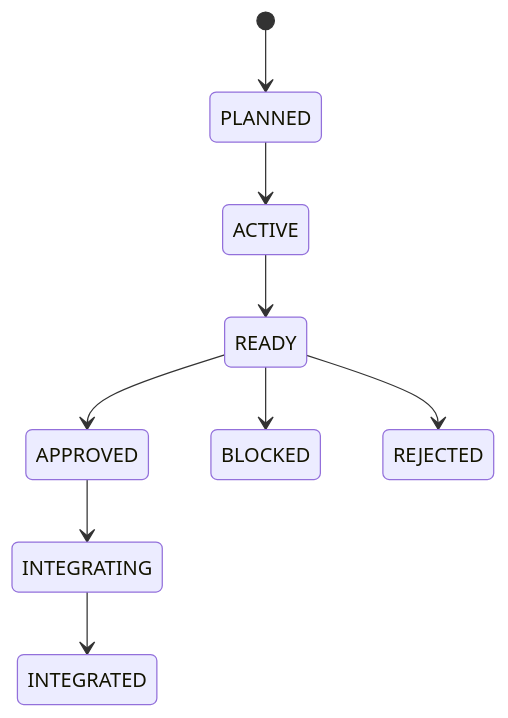
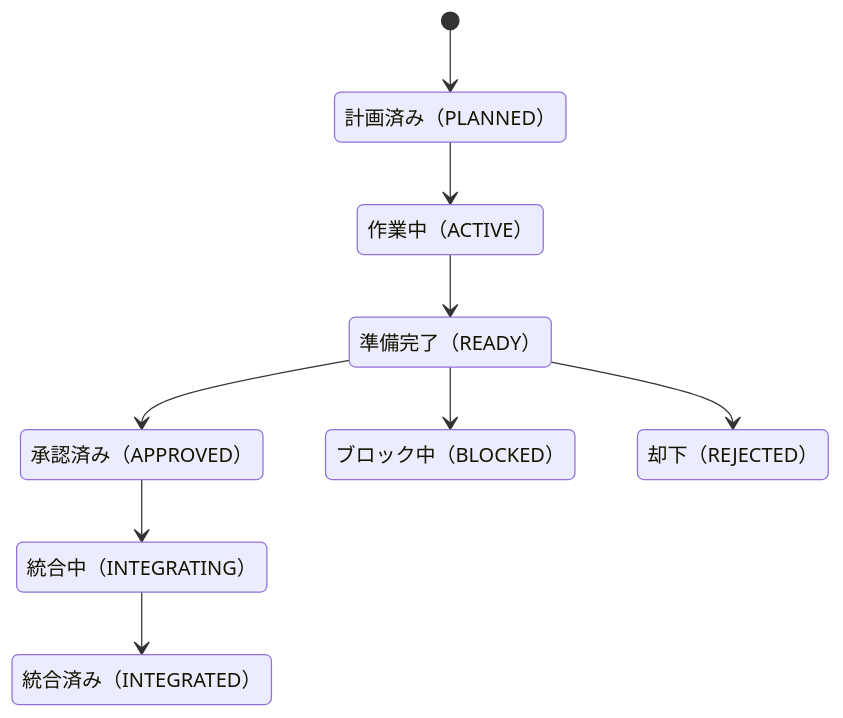
The fourth of 4 diagrams in README.ja.md (UlyssesLeoLee/MAGOS), drawn with Mermaid before and after one commit. The commit also changed other lines of this file and 1 other file, not shown here.

First line of the commit message:
docs: the Japanese README writes its diagrams and command comments in Japanese

````diff
--- a/README.ja.md
+++ b/README.ja.md
@@ -996,12 +996,21 @@
 ```mermaid
 stateDiagram-v2
+    state "計画済み（PLANNED）" as PLANNED
+    state "作業中（ACTIVE）" as ACTIVE
+    state "準備完了（READY）" as READY
+    state "承認済み（APPROVED）" as APPROVED
+    state "統合中（INTEGRATING）" as INTEGRATING
+    state "統合済み（INTEGRATED）" as INTEGRATED
+    state "ブロック中（BLOCKED）" as BLOCKED
+    state "却下（REJECTED）" as REJECTED
+
     [*] --> PLANNED
     PLANNED --> ACTIVE
     ACTIVE --> READY
     READY --> APPROVED
     APPROVED --> INTEGRATING
     INTEGRATING --> INTEGRATED
 
     READY --> BLOCKED
     READY --> REJECTED
 ```
````
